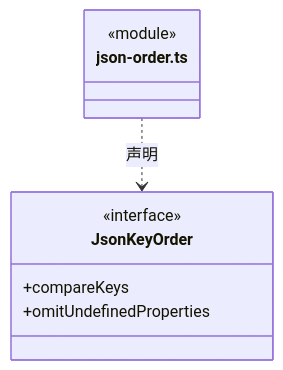
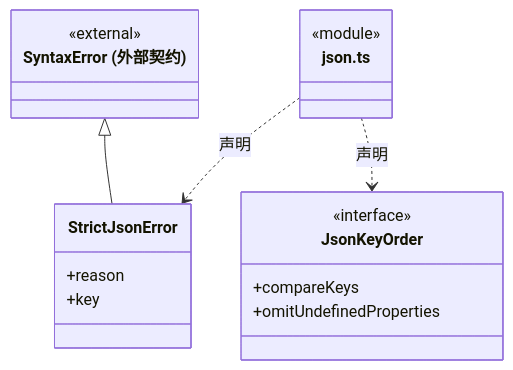
The sixth of 9 diagrams in src/foundations/utility/ARCHITECTURE.md (nan023062/cbim), drawn with Mermaid before and after one commit. The commit also changed other lines of this file and 28 other files, not shown here.

````diff
--- a/src/foundations/utility/ARCHITECTURE.md
+++ b/src/foundations/utility/ARCHITECTURE.md
@@ -100,12 +93,21 @@
 ```mermaid
 classDiagram
-class N_src_foundations_utility_json_order_ts["json-order.ts"] {
+class N_src_foundations_utility_json_ts["json.ts"] {
   <<module>>
 }
-class N_src_foundations_utility_json_order_ts_JsonKeyOrder["JsonKeyOrder"] {
+class N_src_foundations_utility_json_ts_StrictJsonError["StrictJsonError"] {
+  +reason
+  +key
+}
+N_src_foundations_utility_json_ts ..> N_src_foundations_utility_json_ts_StrictJsonError : 声明
+class N_src_foundations_utility_json_ts_external_SyntaxError["SyntaxError (外部契约)"] {
+  <<external>>
+}
+N_src_foundations_utility_json_ts_external_SyntaxError <|-- N_src_foundations_utility_json_ts_StrictJsonError
+class N_src_foundations_utility_json_ts_JsonKeyOrder["JsonKeyOrder"] {
   <<interface>>
   +compareKeys
   +omitUndefinedProperties
 }
-N_src_foundations_utility_json_order_ts ..> N_src_foundations_utility_json_order_ts_JsonKeyOrder : 声明
+N_src_foundations_utility_json_ts ..> N_src_foundations_utility_json_ts_JsonKeyOrder : 声明
 ```
````
